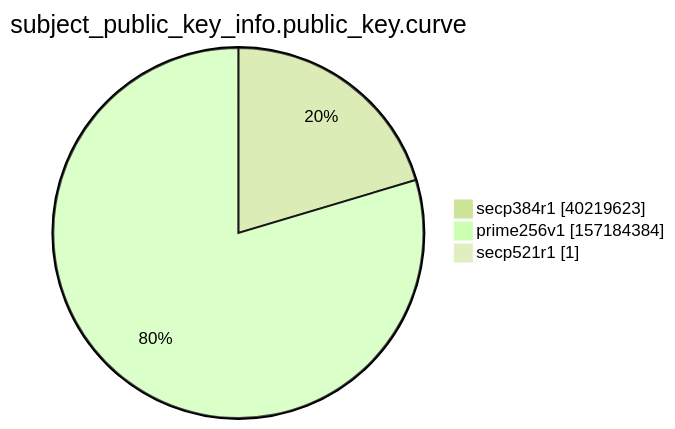
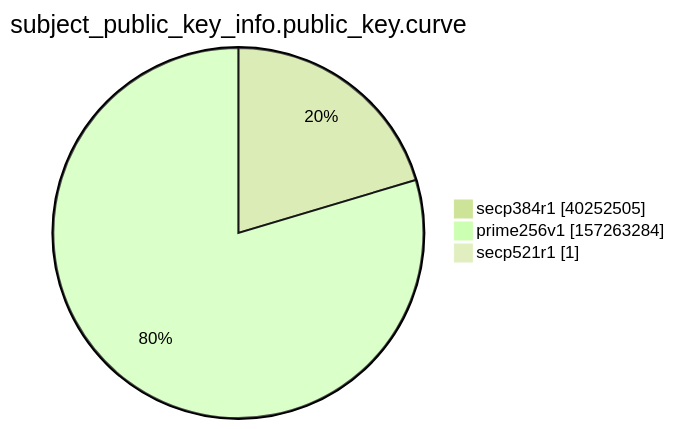
The ninth of 15 diagrams in xenon2022/README.md (christiankrug/ctmonitor_visualization), drawn with Mermaid (forest theme) before and after one commit. The commit also changed other lines of this file, not shown here.

````diff
--- a/xenon2022/README.md
+++ b/xenon2022/README.md
@@ -2866,7 +2866,7 @@
 ```mermaid
 pie showData
 title subject_public_key_info.public_key.curve
-"secp384r1" :40219623
-"prime256v1" :157184384
+"secp384r1" :40252505
+"prime256v1" :157263284
 "secp521r1" :1
 ```
````
